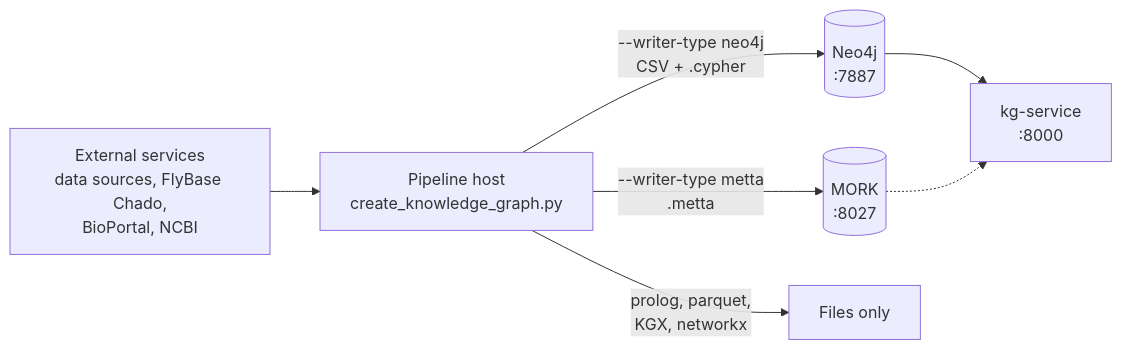
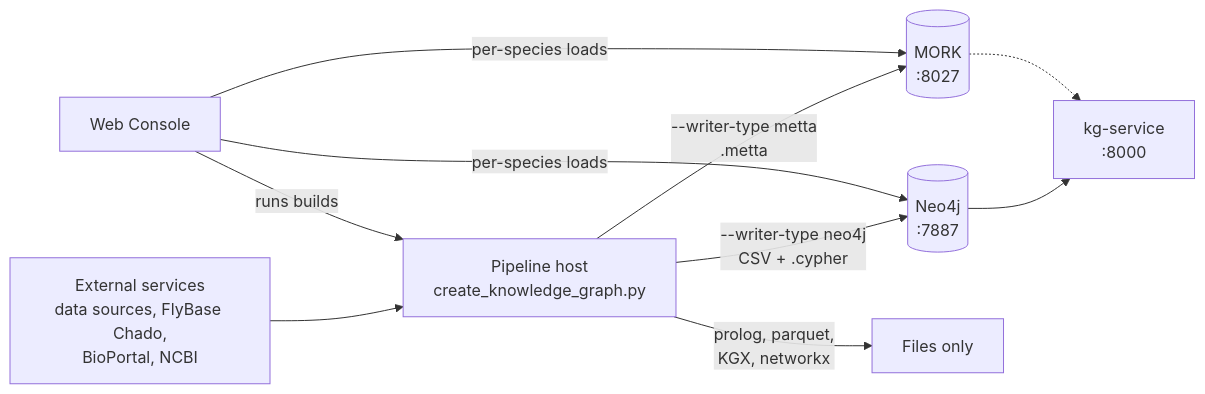
One commit to rejuve-bio/biocypher-kg changed the diagram in docs/operations/deployment.md. Above: the diagram before and after it, drawn with Mermaid. The commit also changed other lines of this file and 120 other files, not shown here.

First line of the commit message:
Web Console: source-first builds, per-species databases, Settings and server mode (#379)

````diff
--- a/docs/operations/deployment.md
+++ b/docs/operations/deployment.md
@@ -23,9 +24,12 @@
 ```mermaid
 flowchart LR
     EXT["External services<br/>data sources, FlyBase Chado,<br/>BioPortal, NCBI"] --> P["Pipeline host<br/>create_knowledge_graph.py"]
     P -- "--writer-type neo4j<br/>CSV + .cypher" --> N[("Neo4j<br/>:7887")]
     P -- "--writer-type metta<br/>.metta" --> M[("MORK<br/>:8027")]
     P -- "prolog, parquet,<br/>KGX, networkx" --> F["Files only"]
     N --> K["kg-service<br/>:8000"]
     M -.-> K
+    C["Web Console"] -- "runs builds" --> P
+    C -- "per-species loads" --> N
+    C -- "per-species loads" --> M
 ```
````
